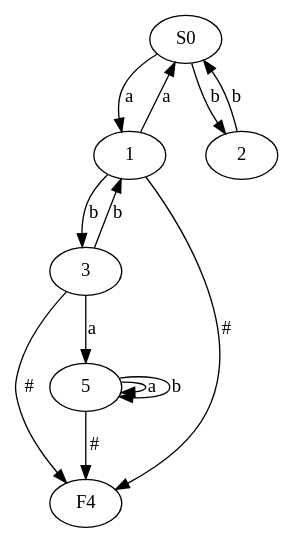
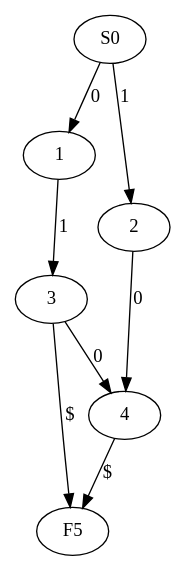
Before and after one commit to StepanovVladimir/machines_and_formal_languages: the diagram in MachineGrammar/MachineGrammar/graph.dot, drawn with Graphviz. The commit also changed 10 other files, not shown here.

```diff
--- a/MachineGrammar/MachineGrammar/graph.dot
+++ b/MachineGrammar/MachineGrammar/graph.dot
@@ -1,20 +1,15 @@
 digraph G {
 0 [label=S0];
 1 [label=1];
 2 [label=2];
 3 [label=3];
-4 [label=F4];
-5 [label=5];
-0->1  [label=a];
-0->2  [label=b];
-1->0  [label=a];
-1->3  [label=b];
-1->4  [label="#"];
-2->0  [label=b];
-3->5  [label=a];
-3->1  [label=b];
-3->4  [label="#"];
-5->5  [label=a];
-5->5  [label=b];
-5->4  [label="#"];
+4 [label=4];
+5 [label=F5];
+0->1  [label=0];
+0->2  [label=1];
+1->3  [label=1];
+2->4  [label=0];
+3->4  [label=0];
+3->5  [label="$"];
+4->5  [label="$"];
 }
```
